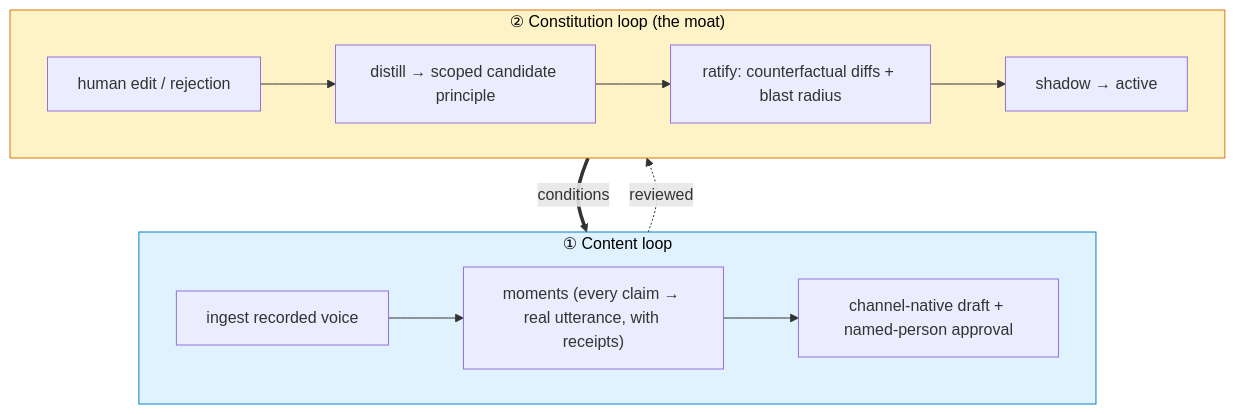
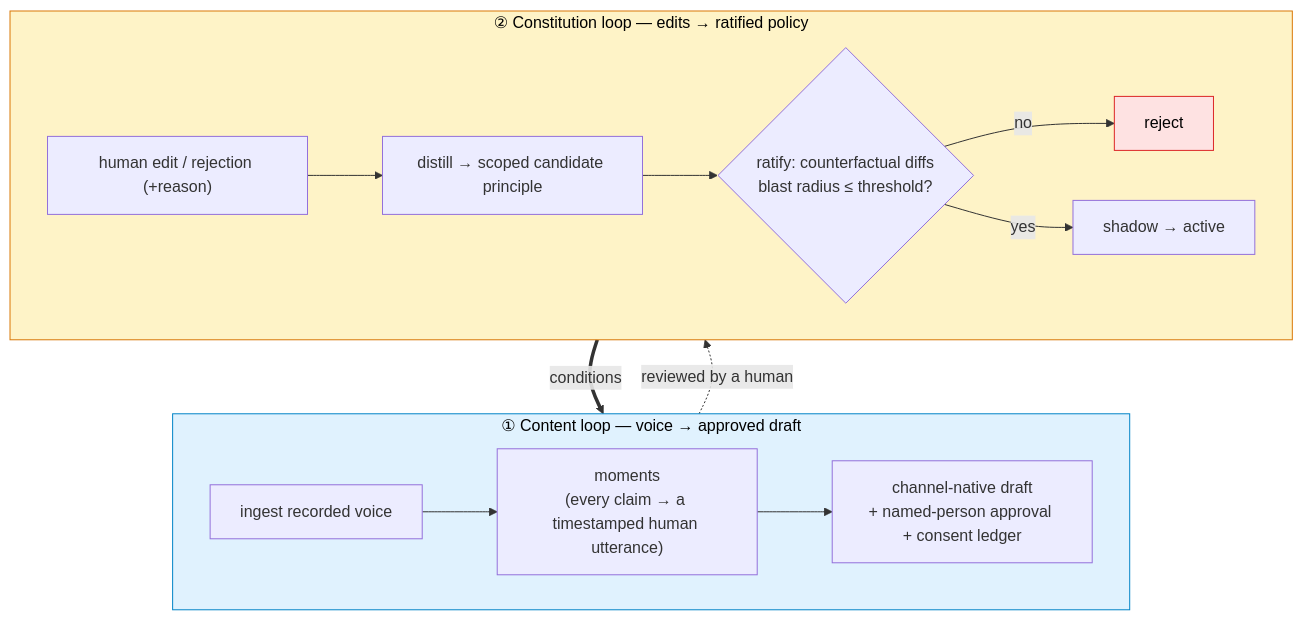
Before and after one commit to 4sgupta828/novelfusion: the diagram in posts/linkedin.md, drawn with Mermaid. The commit also changed other lines of this file, not shown here.

````diff
--- a/posts/linkedin.md
+++ b/posts/linkedin.md
@@ -26,18 +18,20 @@
 ```mermaid
 flowchart TB
-    subgraph C["① Content loop"]
+    subgraph C["① Content loop — voice → approved draft"]
         direction LR
-        ING["ingest recorded voice"] --> MOM["moments (every claim → real utterance, with receipts)"]
-        MOM --> DRAFT["channel-native draft + named-person approval"]
+        ING["ingest recorded voice"] --> MOM["moments<br/>(every claim → a timestamped human utterance)"]
+        MOM --> DRAFT["channel-native draft<br/>+ named-person approval + consent ledger"]
     end
-    subgraph K["② Constitution loop (the moat)"]
+    subgraph K["② Constitution loop — edits → ratified policy"]
         direction LR
-        EDIT["human edit / rejection"] --> DIST["distill → scoped candidate principle"]
-        DIST --> RAT["ratify: counterfactual diffs + blast radius"]
-        RAT --> SHADOW["shadow → active"]
+        EDIT["human edit / rejection (+reason)"] --> DIST["distill → scoped candidate principle"]
+        DIST --> RAT{"ratify: counterfactual diffs<br/>blast radius ≤ threshold?"}
+        RAT -->|no| REJ["reject"]
+        RAT -->|yes| SHADOW["shadow → active"]
     end
-    DRAFT -. reviewed .-> EDIT
+    DRAFT -. reviewed by a human .-> EDIT
     SHADOW == conditions ==> DRAFT
     style C fill:#e0f2fe,stroke:#0284c7,color:#000
     style K fill:#fef3c7,stroke:#d97706,color:#000
+    style REJ fill:#fee2e2,stroke:#dc2626,color:#000
 ```
````
